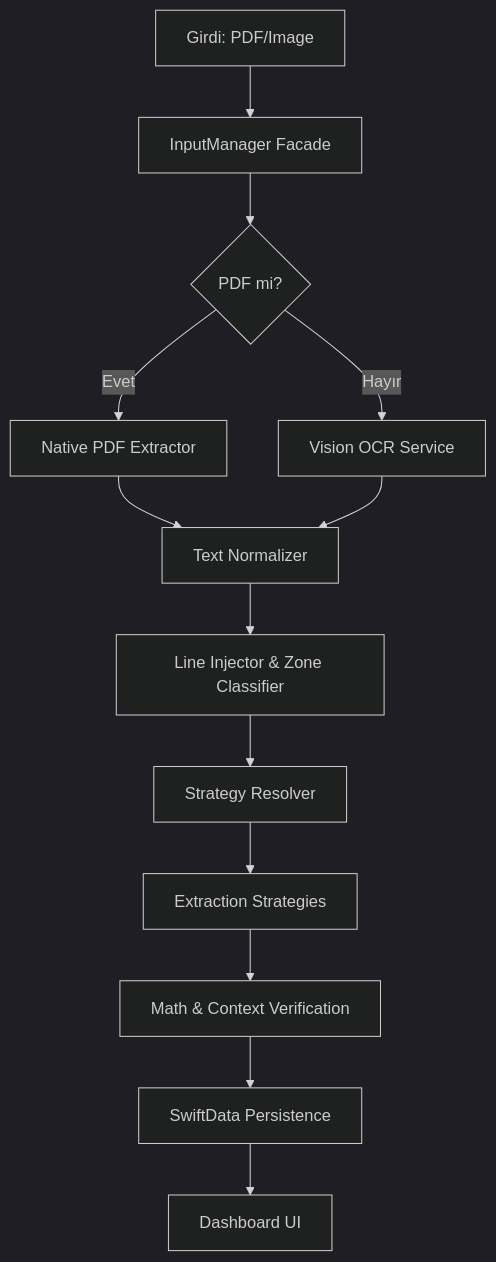
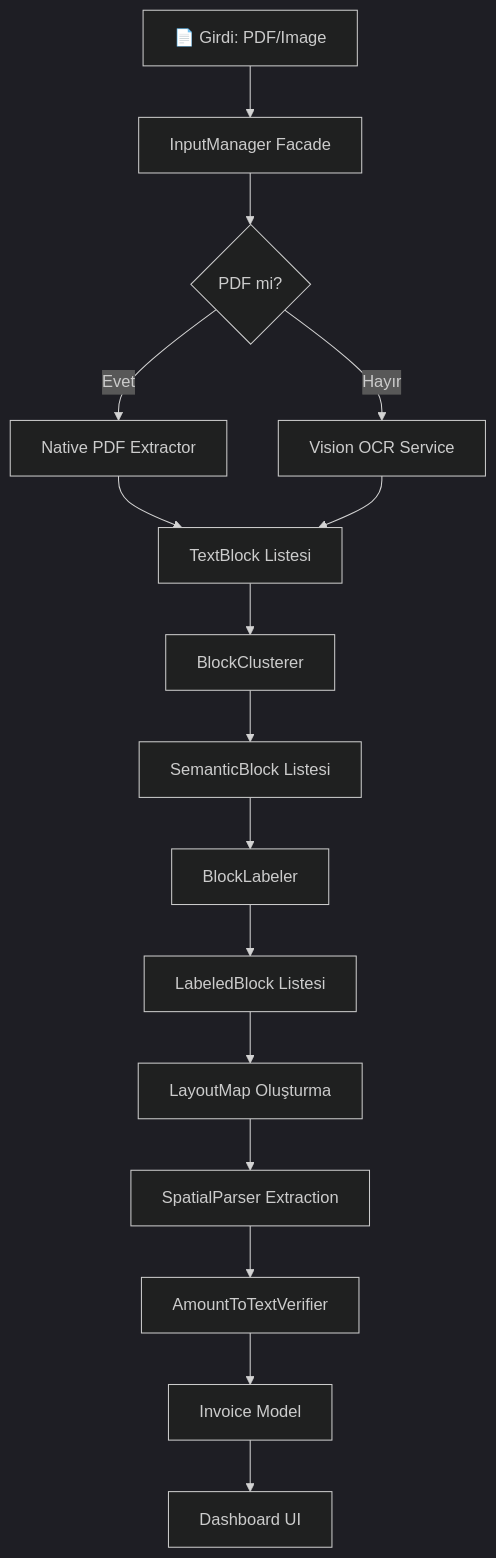
One commit to bilalelmas/InvoScanner changed the diagram in PROJE_RAPORU_V2.md. Above: the diagram before and after it, drawn with Mermaid (dark theme). The commit also changed other lines of this file and 17 other files, not shown here.

````diff
--- a/PROJE_RAPORU_V2.md
+++ b/PROJE_RAPORU_V2.md
@@ -34,14 +40,17 @@
 ```mermaid
 graph TD
-    A[Girdi: PDF/Image] --> B[InputManager Facade]
+    A[📄 Girdi: PDF/Image] --> B[InputManager Facade]
     B --> C{PDF mi?}
     C -- Evet --> D[Native PDF Extractor]
     C -- Hayır --> E[Vision OCR Service]
-    D & E --> F[Text Normalizer]
-    F --> G[Line Injector & Zone Classifier]
-    G --> H[Strategy Resolver]
-    H --> I[Extraction Strategies]
-    I --> J[Math & Context Verification]
-    J --> K[SwiftData Persistence]
-    K --> L[Dashboard UI]
+    D & E --> F[TextBlock Listesi]
+    F --> G[BlockClusterer]
+    G --> H[SemanticBlock Listesi]
+    H --> I[BlockLabeler]
+    I --> J[LabeledBlock Listesi]
+    J --> K[LayoutMap Oluşturma]
+    K --> L[SpatialParser Extraction]
+    L --> M[AmountToTextVerifier]
+    M --> N[Invoice Model]
+    N --> O[Dashboard UI]
 ```
````
